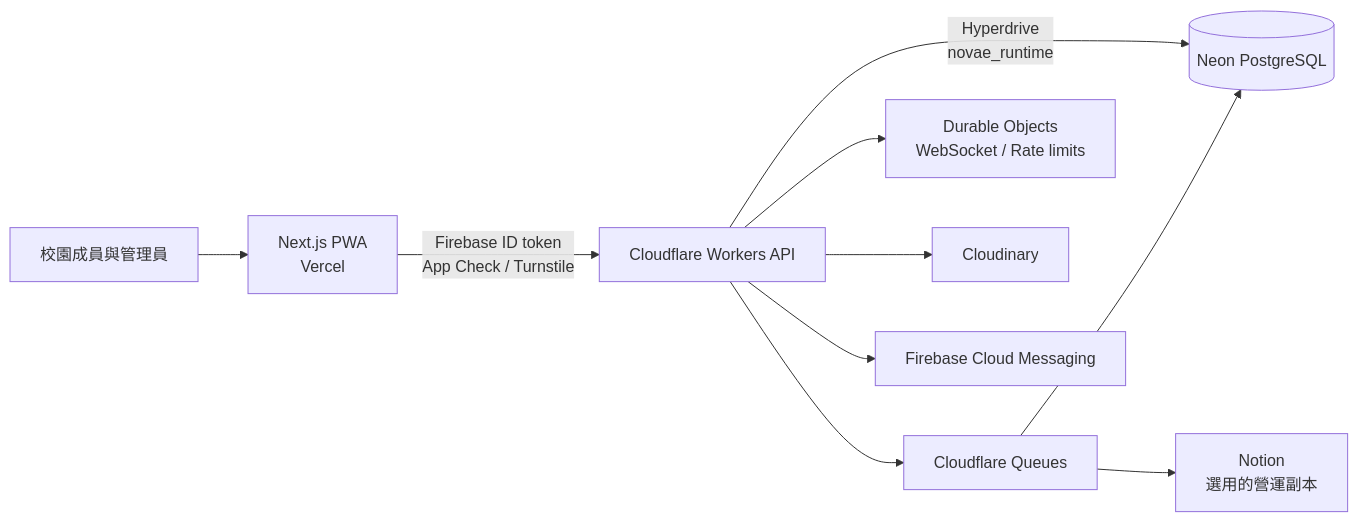
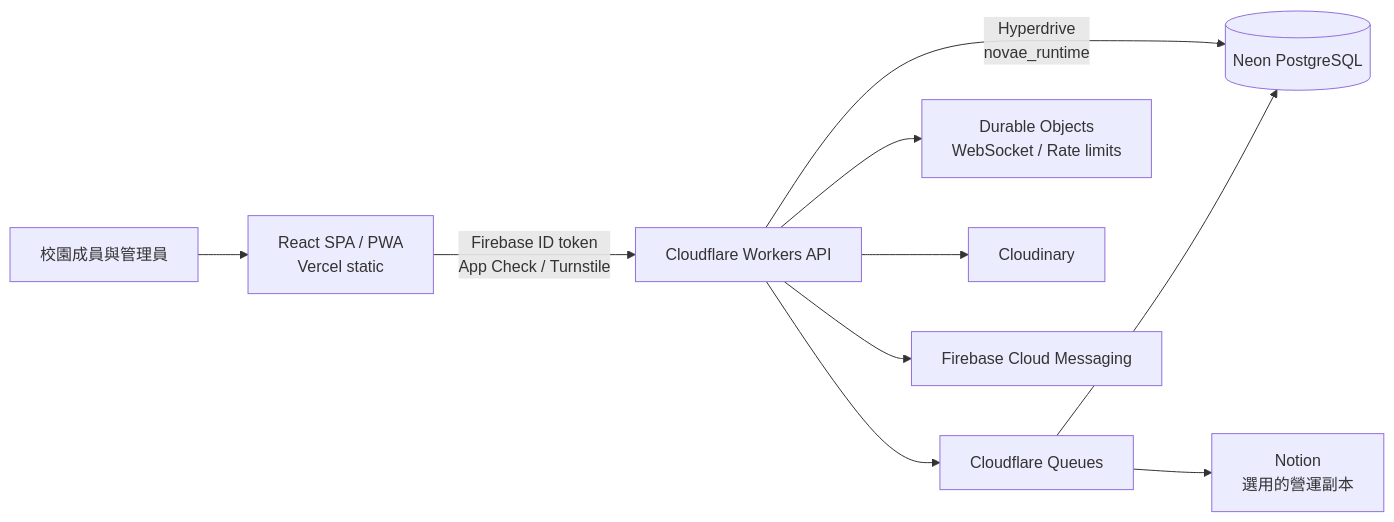
Before and after one commit to nnkiehsa-it/nnkieh-novae: the diagram in README.md, drawn with Mermaid. The commit also changed other lines of this file and 13 other files, not shown here.

````diff
--- a/README.md
+++ b/README.md
@@ -33,12 +34,12 @@
 ```mermaid
 flowchart LR
-    U[校園成員與管理員] --> PWA[Next.js PWA<br/>Vercel]
+    U[校園成員與管理員] --> PWA[React SPA / PWA<br/>Vercel static]
     PWA -->|Firebase ID token<br/>App Check / Turnstile| API[Cloudflare Workers API]
     API -->|Hyperdrive<br/>novae_runtime| DB[(Neon PostgreSQL)]
     API --> Q[Cloudflare Queues]
     API --> DO[Durable Objects<br/>WebSocket / Rate limits]
     API --> C[Cloudinary]
     API --> F[Firebase Cloud Messaging]
     Q --> N[Notion<br/>選用的營運副本]
     Q --> DB
 ```
````
